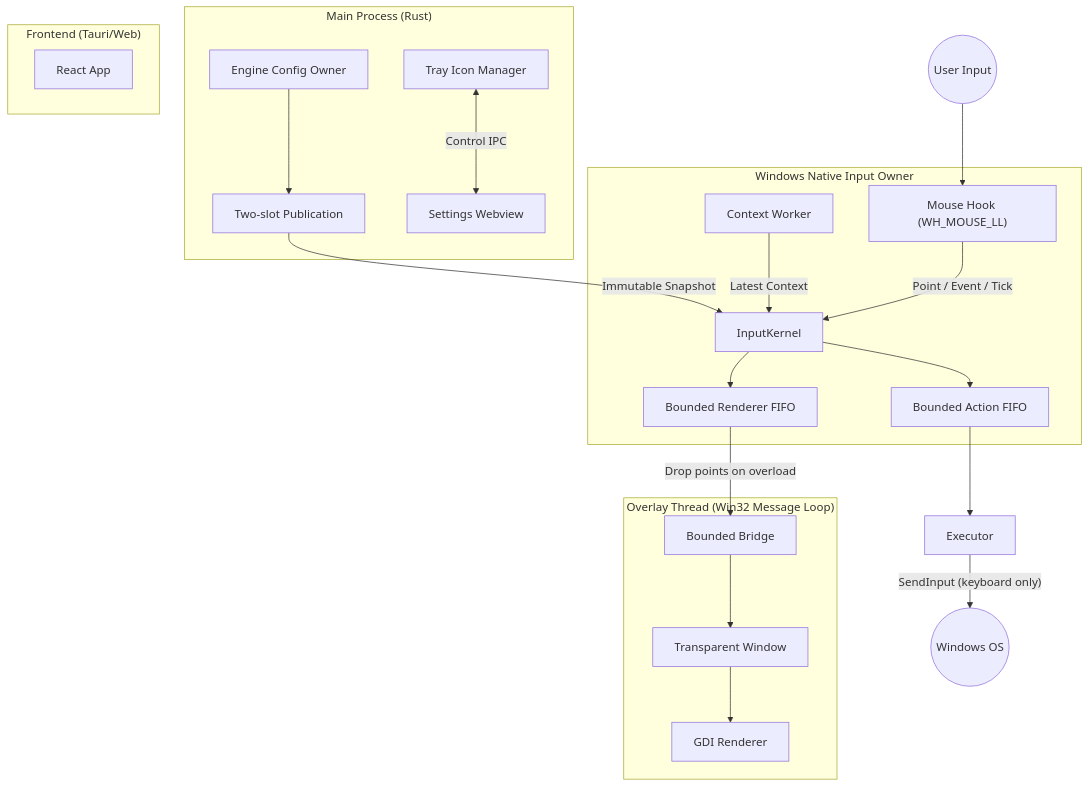
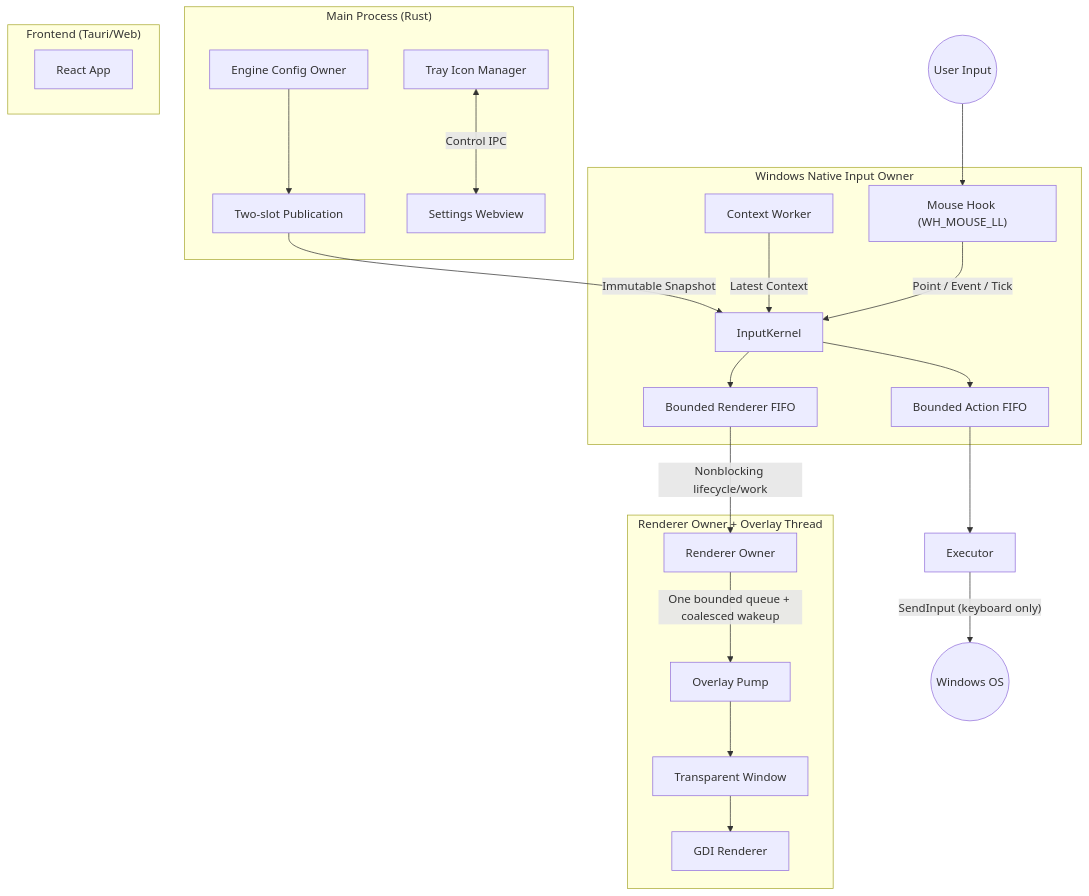
Before and after one commit to r4ai/zero-gesture: the diagram in docs/architecture.md, drawn with Mermaid. The commit also changed other lines of this file and 10 other files, not shown here.

Commit message:
fix: harden Windows input owner lifecycle

````diff
--- a/docs/architecture.md
+++ b/docs/architecture.md
@@ -23,36 +23,37 @@
 ```mermaid
 graph TD
     subgraph "Main Process (Rust)"
         T[Tray Icon Manager]
         C[Engine Config Owner] --> P[Two-slot Publication]
         T <-->|Control IPC| W[Settings Webview]
     end
 
     subgraph "Windows Native Input Owner"
         HM["Mouse Hook (WH_MOUSE_LL)"]
         K[InputKernel]
         X[Context Worker]
         A[Bounded Action FIFO]
         R[Bounded Renderer FIFO]
 
         P -->|Immutable Snapshot| K
         X -->|Latest Context| K
         HM -->|Point / Event / Tick| K
         K --> A
         K --> R
     end
 
-    subgraph "Overlay Thread (Win32 Message Loop)"
-        R -->|Drop points on overload| O[Bounded Bridge]
+    subgraph "Renderer Owner + Overlay Thread"
+        R -->|Nonblocking lifecycle/work| RO[Renderer Owner]
+        RO -->|One bounded queue + coalesced wakeup| O[Overlay Pump]
         O --> WIN[Transparent Window]
         WIN --> GDI[GDI Renderer]
     end
 
     subgraph "Frontend (Tauri/Web)"
         UI[React App]
     end
 
     User((User Input)) --> HM
     A --> EX[Executor]
     EX -->|"SendInput (keyboard only)"| OS((Windows OS))
 ```
````
